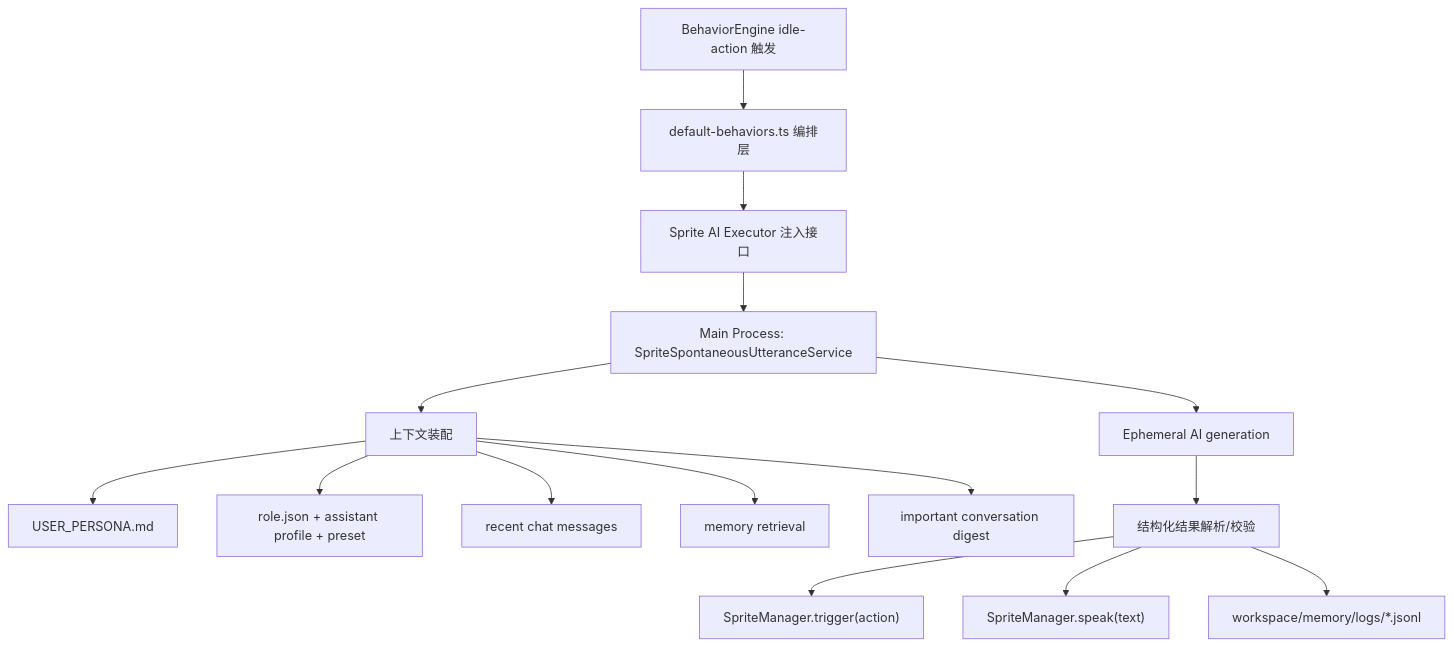
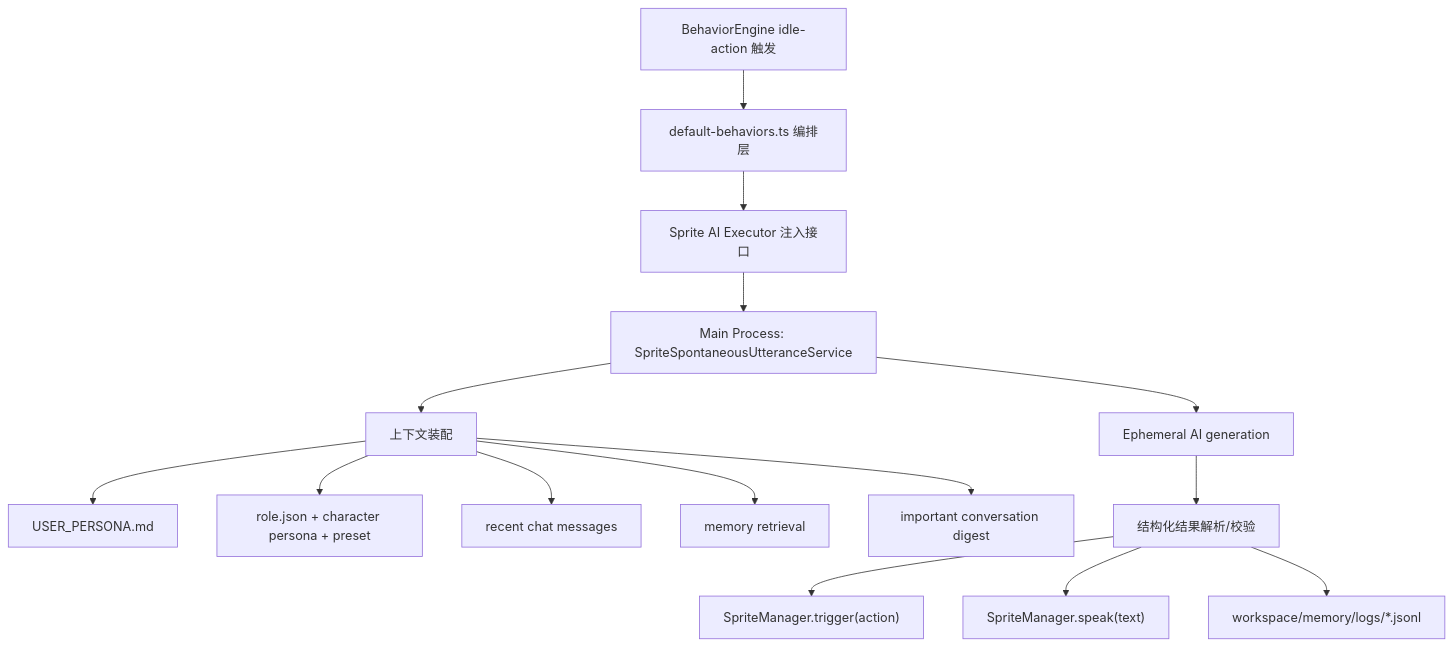
Before and after one commit to WondrousBox/Chobits: the diagram in docs/sprite-core/sprite-ai-spontaneous-utterance-design.md, drawn with Mermaid. The commit also changed other lines of this file and 16 other files, not shown here.

````diff
--- a/docs/sprite-core/sprite-ai-spontaneous-utterance-design.md
+++ b/docs/sprite-core/sprite-ai-spontaneous-utterance-design.md
@@ -258,17 +258,17 @@
 ```mermaid
 flowchart TD
     A["BehaviorEngine idle-action 触发"] --> B["default-behaviors.ts 编排层"]
     B --> C["Sprite AI Executor 注入接口"]
     C --> D["Main Process: SpriteSpontaneousUtteranceService"]
     D --> E["上下文装配"]
     E --> E1["USER_PERSONA.md"]
-    E --> E2["role.json + assistant profile + preset"]
+    E --> E2["role.json + character persona + preset"]
     E --> E3["recent chat messages"]
     E --> E4["memory retrieval"]
     E --> E5["important conversation digest"]
     D --> F["Ephemeral AI generation"]
     F --> G["结构化结果解析/校验"]
     G --> H["SpriteManager.trigger(action)"]
     G --> I["SpriteManager.speak(text)"]
     G --> J["workspace/memory/logs/*.jsonl"]
 ```
````
